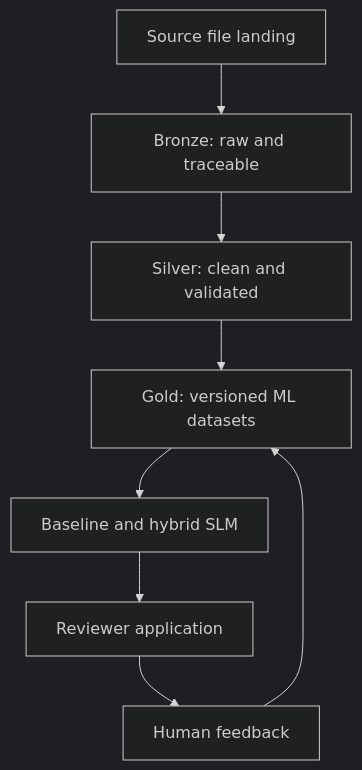
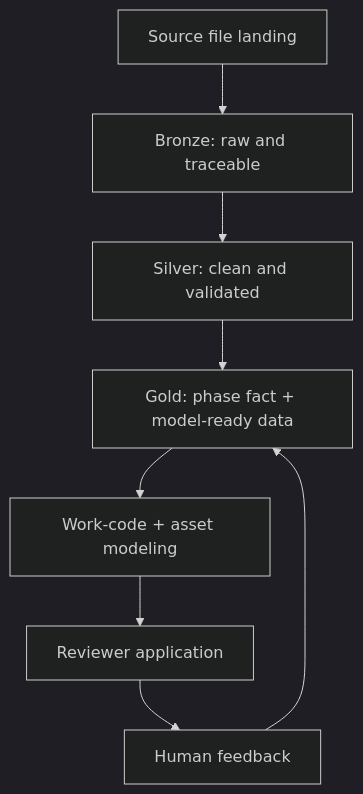
Before and after one commit to terziceh/workorder-flywheel: the first of 3 diagrams in README.md, drawn with Mermaid (dark theme). The commit also changed other lines of this file, not shown here.

Commit message:
docs: update README for Gold dataset design

````diff
--- a/README.md
+++ b/README.md
@@ -37,10 +37,10 @@
 ```mermaid
 flowchart TD
     A["Source file landing"] --> B["Bronze: raw and traceable"]
     B --> C["Silver: clean and validated"]
-    C --> D["Gold: versioned ML datasets"]
-    D --> E["Baseline and hybrid SLM"]
+    C --> D["Gold: phase fact + model-ready data"]
+    D --> E["Work-code + asset modeling"]
     E --> F["Reviewer application"]
     F --> G["Human feedback"]
     G --> D
 ```
````
